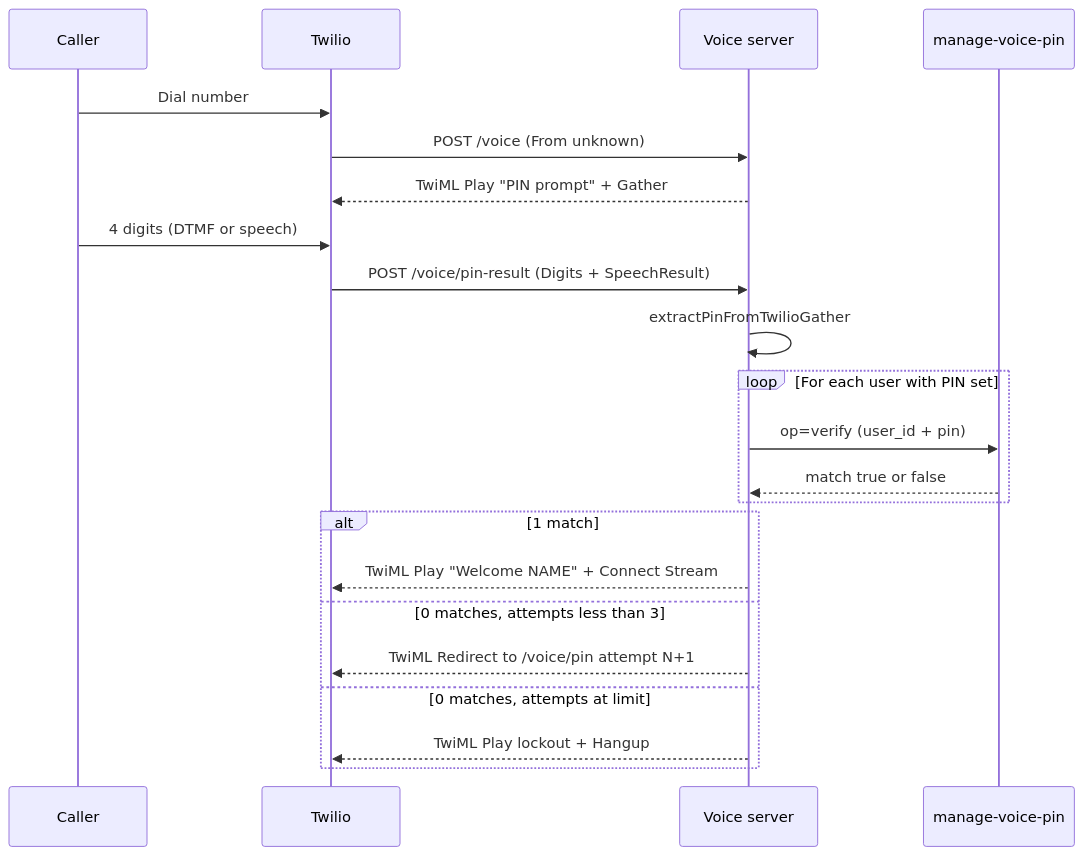
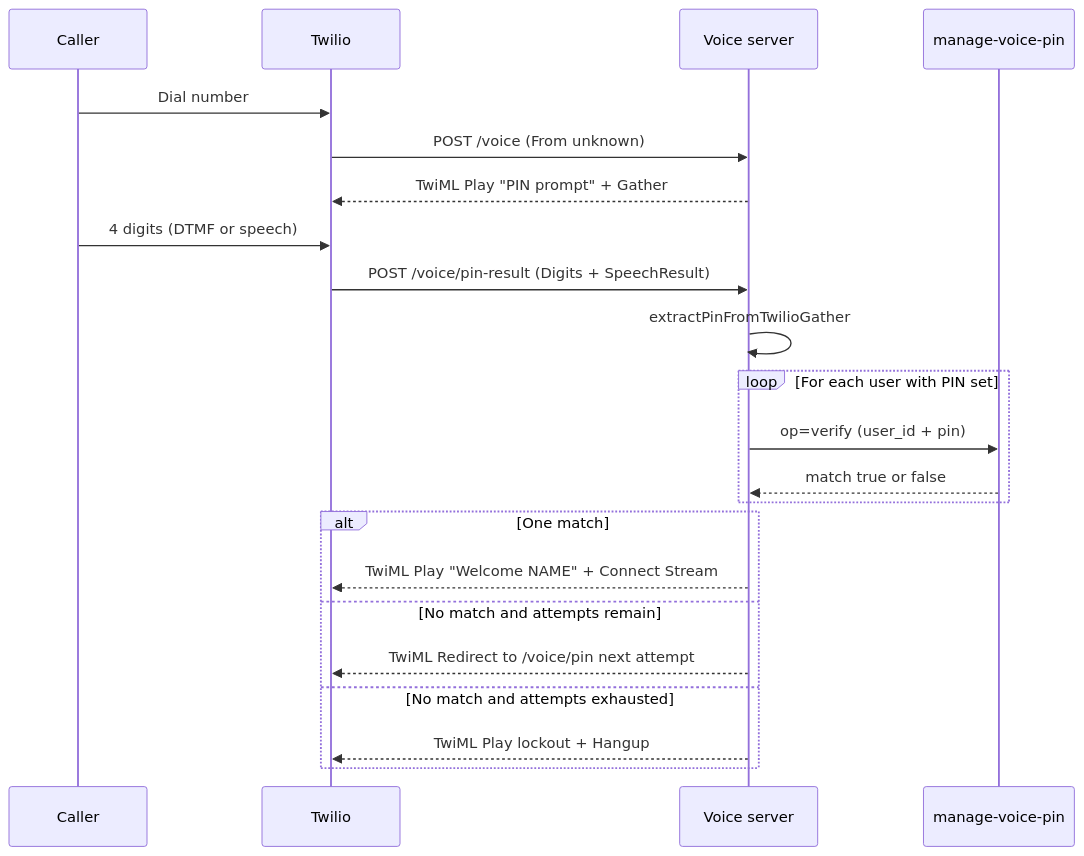
One commit to munk2207/naavi-app changed the fifth of 10 diagrams in docs/ARCHITECTURE_2026-05-13.md. Above: the diagram before and after it, drawn with Mermaid. The commit also changed other lines of this file and 1 other file, not shown here.

Commit message:
Docs — fix Mermaid syntax in 9.2 + 9.3 sequence diagrams
After the previous round of label sanitisation, sections 9.2 (Voice
call registered caller) and 9.3 (PIN flow) still threw "Syntax error
in text" in mermaid v10.9.6.

Causes:
  - 9.2 used bare `loop` with no description. Mermaid v10's sequence
    diagram parser requires a label on `loop` blocks. Fixed: changed
    to `loop Each conversation turn`.
  - 9.3 had three-branch `alt/else/else` with commas in the else
    labels (`else 0 matches, attempts less than 3`). The comma /
    multi-else interaction triggered the syntax error. Fixed: dropped
    commas, simplified labels to `else No match and attempts remain`
    / `else No match and attempts exhausted`.

Other diagrams already used either labelled `loop` or single-branch
`alt`, so no further fixes needed. Rebuilt the HTML.

````diff
--- a/docs/ARCHITECTURE_2026-05-13.md
+++ b/docs/ARCHITECTURE_2026-05-13.md
@@ -524,25 +524,25 @@
 ```mermaid
 sequenceDiagram
   participant C as Caller
   participant T as Twilio
   participant V as Voice server
   participant MP as manage-voice-pin
 
   C->>T: Dial number
   T->>V: POST /voice (From unknown)
   V-->>T: TwiML Play "PIN prompt" + Gather
   C->>T: 4 digits (DTMF or speech)
   T->>V: POST /voice/pin-result (Digits + SpeechResult)
   V->>V: extractPinFromTwilioGather
   loop For each user with PIN set
     V->>MP: op=verify (user_id + pin)
     MP-->>V: match true or false
   end
-  alt 1 match
+  alt One match
     V-->>T: TwiML Play "Welcome NAME" + Connect Stream
-  else 0 matches, attempts less than 3
-    V-->>T: TwiML Redirect to /voice/pin attempt N+1
-  else 0 matches, attempts at limit
+  else No match and attempts remain
+    V-->>T: TwiML Redirect to /voice/pin next attempt
+  else No match and attempts exhausted
     V-->>T: TwiML Play lockout + Hangup
   end
 ```
````
